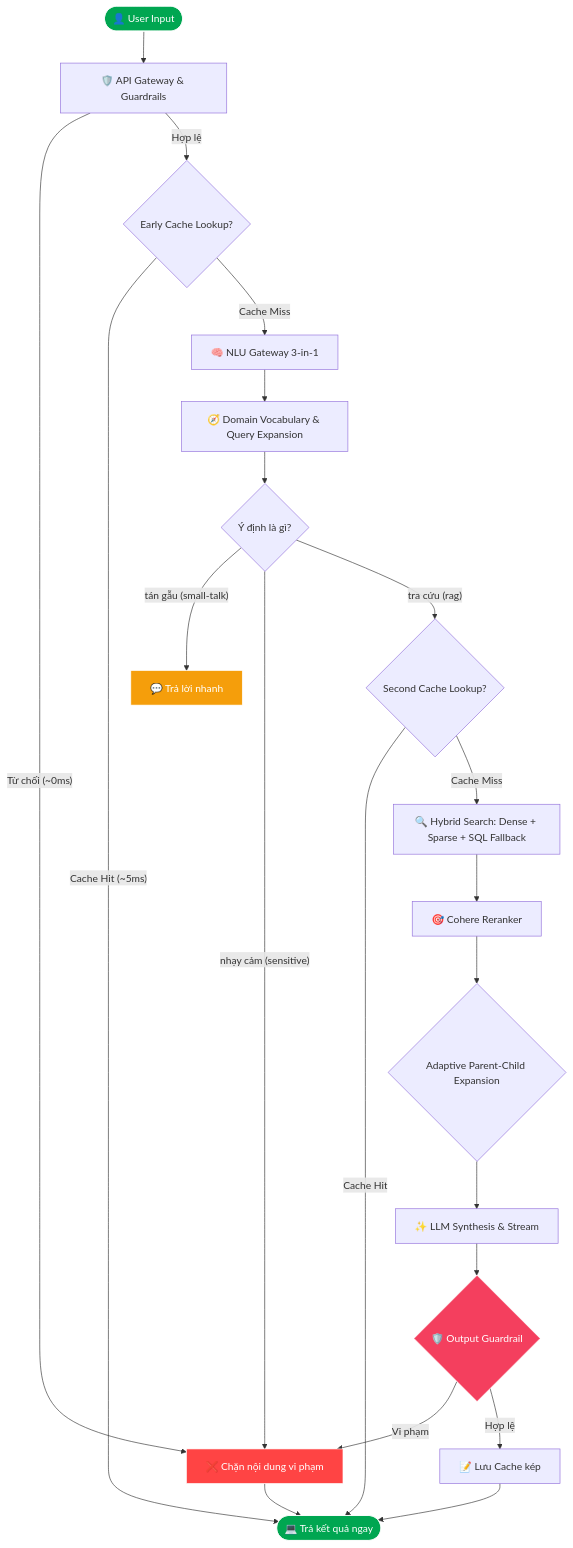
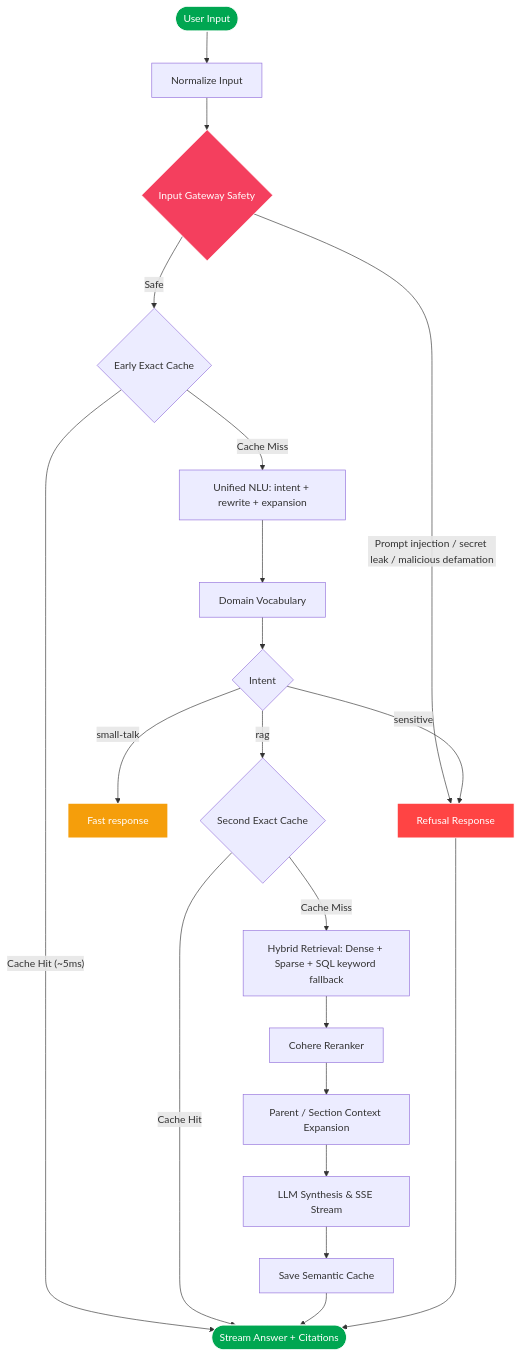
One commit to dungltcn272/XANH_SM_AI_ASSISTANT_V1 changed the diagram in README.md. Above: the diagram before and after it, drawn with Mermaid. The commit also changed other lines of this file and 7 other files, not shown here.

````diff
--- a/README.md
+++ b/README.md
@@ -101,36 +101,32 @@
 ```mermaid
 graph TD
-    A([👤 User Input]) --> B[🛡️ API Gateway & Guardrails]
-    B -- "Từ chối (~0ms)" --> Block[❌ Chặn nội dung vi phạm]
-    B -- "Hợp lệ" --> C{Early Cache Lookup?}
-    
-    C -- "Cache Hit (~5ms)" --> Out([💻 Trả kết quả ngay])
-    C -- "Cache Miss" --> D[🧠 NLU Gateway 3-in-1]
-    
-    D --> DV[🧭 Domain Vocabulary & Query Expansion]
-    DV --> E{Ý định là gì?}
-    E -- "tán gẫu (small-talk)" --> Stalk[💬 Trả lời nhanh]
-    E -- "nhạy cảm (sensitive)" --> Block
-    E -- "tra cứu (rag)" --> F{Second Cache Lookup?}
-    
+    A([User Input]) --> N[Normalize Input]
+    N --> B{Input Gateway Safety}
+    B -- "Prompt injection / secret leak / malicious defamation" --> Block[Refusal Response]
+    B -- "Safe" --> C{Early Exact Cache}
+
+    C -- "Cache Hit (~5ms)" --> Out([Stream Answer + Citations])
+    C -- "Cache Miss" --> D[Unified NLU: intent + rewrite + expansion]
+
+    D --> DV[Domain Vocabulary]
+    DV --> E{Intent}
+    E -- "small-talk" --> Stalk[Fast response]
+    E -- "sensitive" --> Block
+    E -- "rag" --> F{Second Exact Cache}
+
     F -- "Cache Hit" --> Out
-    F -- "Cache Miss" --> G[🔍 Hybrid Search: Dense + Sparse + SQL Fallback]
-    
-    G --> H[🎯 Cohere Reranker]
-    H --> I{Adaptive Parent-Child Expansion}
-    
-    I --> K[✨ LLM Synthesis & Stream]
-    K --> GuardOut{🛡️ Output Guardrail}
-    
-    %% Phân tách an toàn đầu ra
-    GuardOut -- "Vi phạm" --> Block
-    GuardOut -- "Hợp lệ" --> CacheSave[📝 Lưu Cache kép]
+    F -- "Cache Miss" --> G[Hybrid Retrieval: Dense + Sparse + SQL keyword fallback]
+
+    G --> H[Cohere Reranker]
+    H --> I[Parent / Section Context Expansion]
+    I --> K[LLM Synthesis & SSE Stream]
+    K --> CacheSave[Save Semantic Cache]
     CacheSave --> Out
     Block --> Out
-    
+
     style A fill:#00A651,stroke:#fff,color:#fff
     style Out fill:#00A651,stroke:#fff,color:#fff
     style Block fill:#ff4444,stroke:#fff,color:#fff
     style Stalk fill:#f59e0b,stroke:#fff,color:#fff
-    style GuardOut fill:#f43f5e,stroke:#fff,color:#fff
+    style B fill:#f43f5e,stroke:#fff,color:#fff
 ```
````
